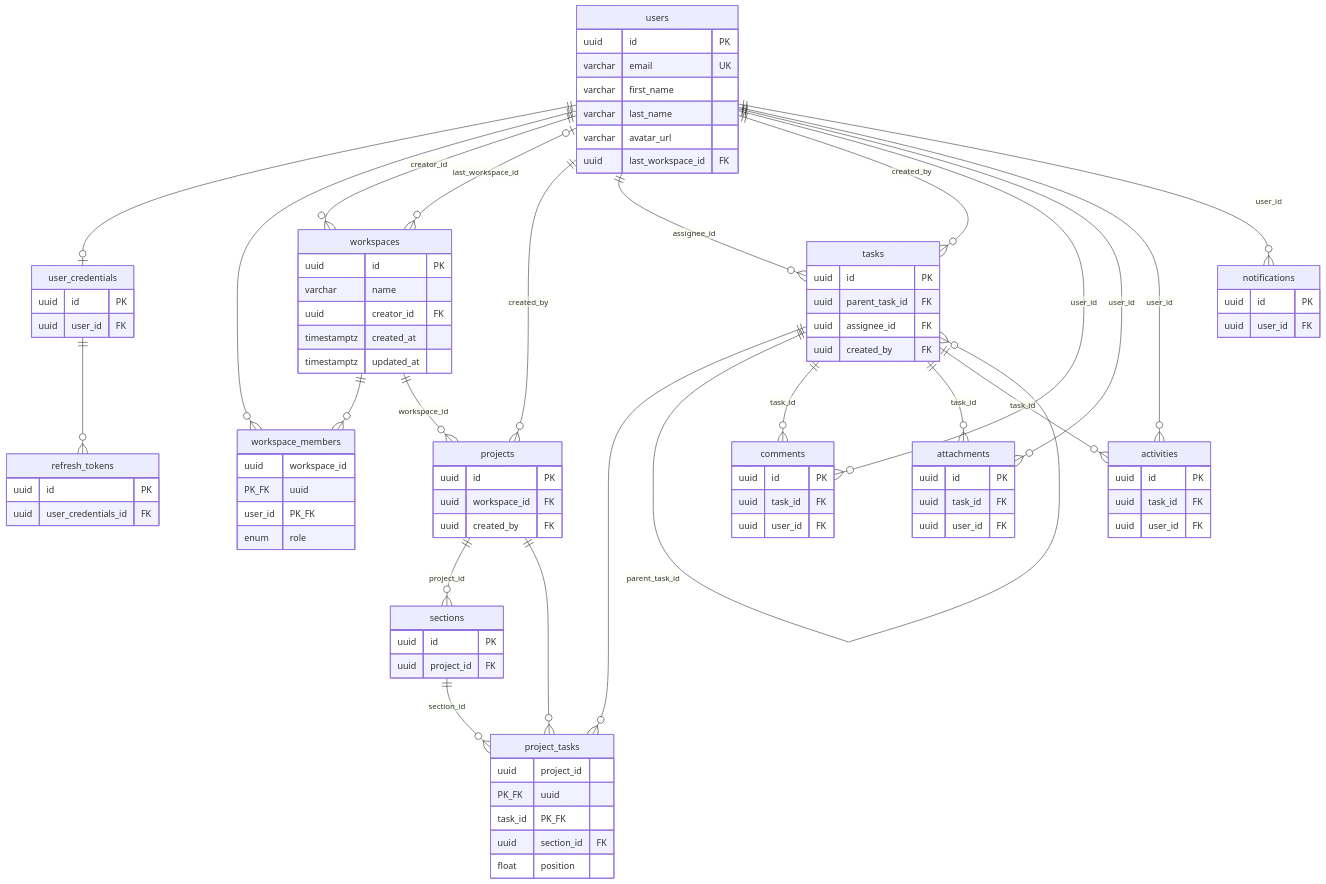
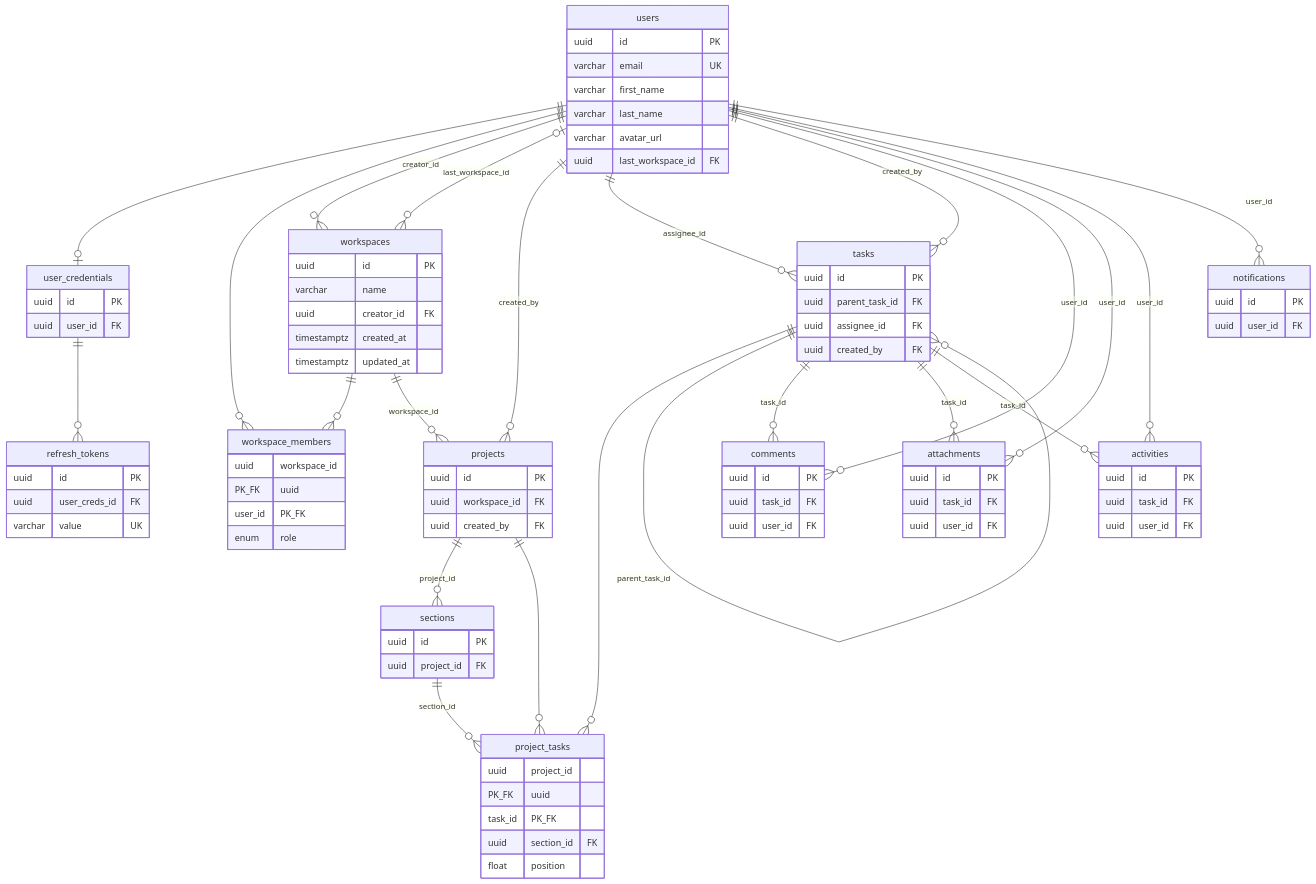
Before and after one commit to alxdrsmirnov/task-tracker-backend: the diagram in docs/architecture.md, drawn with Mermaid. The commit also changed other lines of this file and 50 other files, not shown here.

```diff
--- a/docs/architecture.md
+++ b/docs/architecture.md
@@ -155,7 +156,8 @@
     }
     refresh_tokens {
         uuid id PK
-        uuid user_credentials_id FK
+        uuid user_creds_id FK
+        varchar value UK
     }
     workspaces {
         uuid id PK
```
